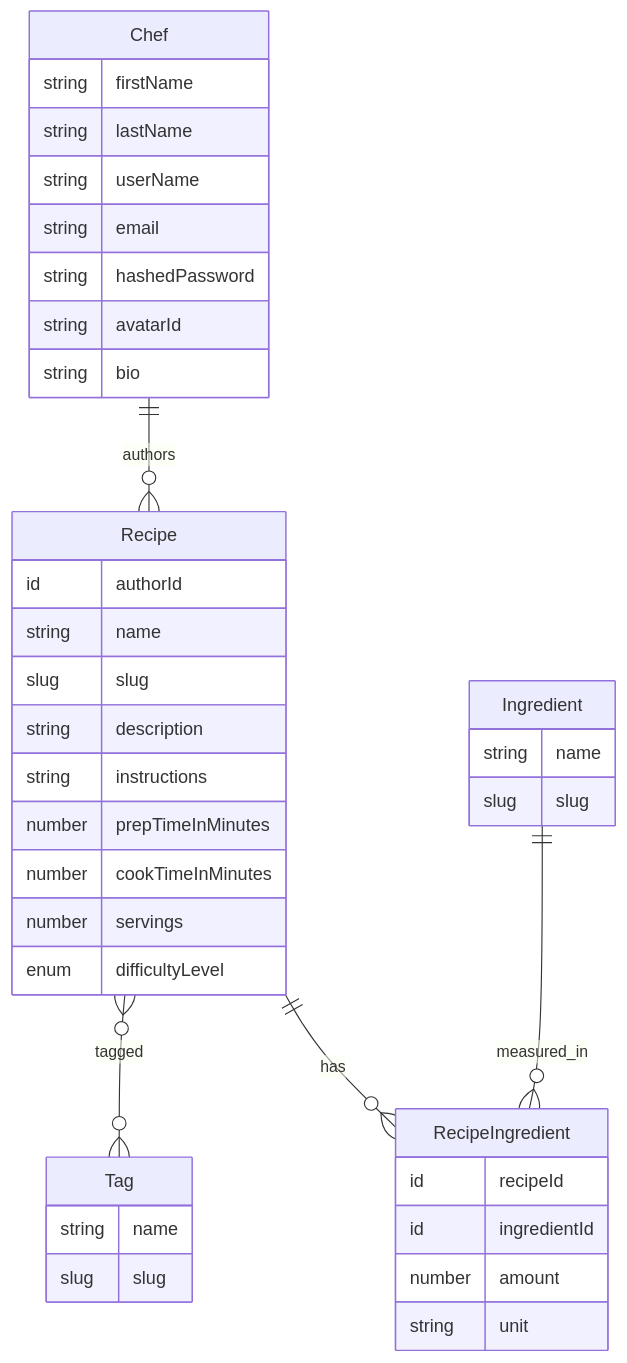
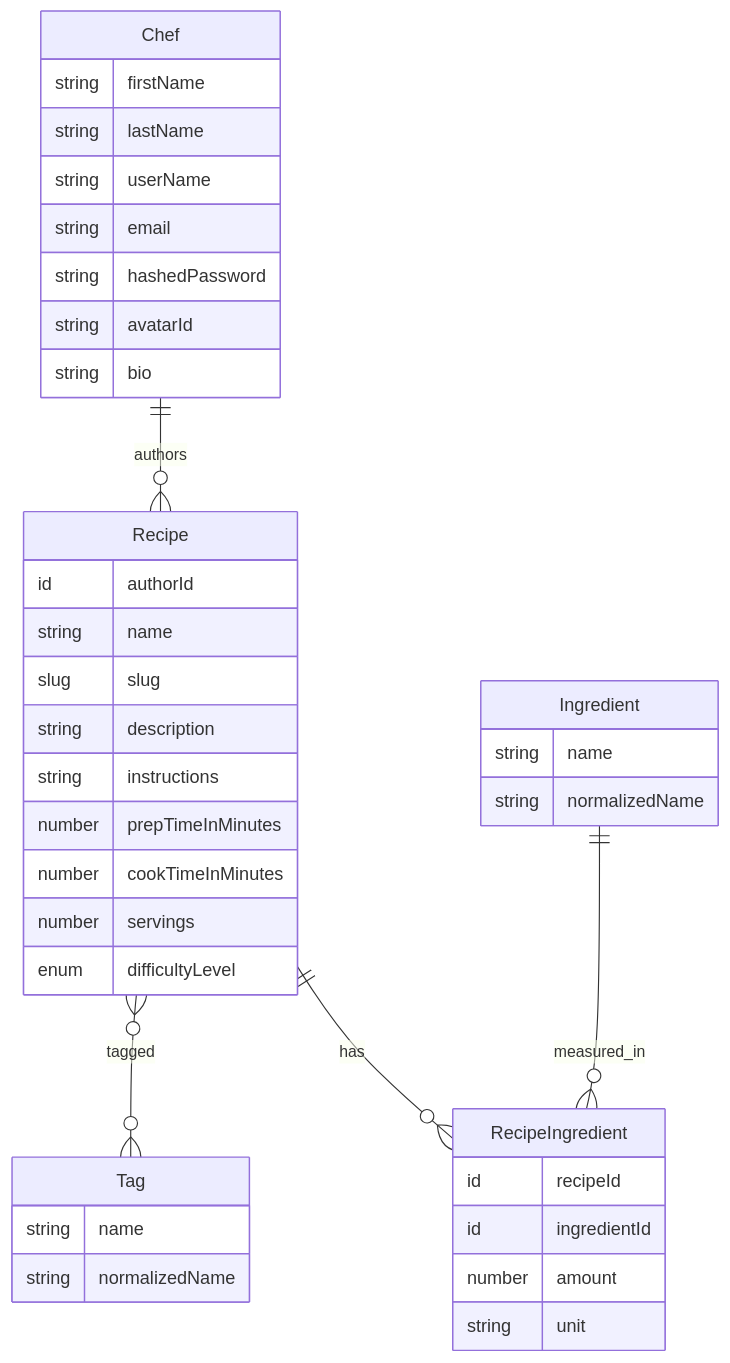
One commit to andregparada/cookbook-integrated changed the diagram in docs/analise-regras-negocio.md. Above: the diagram before and after it, drawn with Mermaid. The commit also changed other lines of this file and 24 other files, not shown here.

Commit message:
MF-05: align tag/ingredient dedup with normalized_name and clarify Slug vs NormalizedName

````diff
--- a/docs/analise-regras-negocio.md
+++ b/docs/analise-regras-negocio.md
@@ -12,41 +12,41 @@
 ```mermaid
 erDiagram
   Chef ||--o{ Recipe : authors
   Recipe }o--o{ Tag : tagged
   Recipe ||--o{ RecipeIngredient : has
   Ingredient ||--o{ RecipeIngredient : measured_in
   Chef {
     string firstName
     string lastName
     string userName
     string email
     string hashedPassword
     string avatarId
     string bio
   }
   Recipe {
     id authorId
     string name
     slug slug
     string description
     string instructions
     number prepTimeInMinutes
     number cookTimeInMinutes
     number servings
     enum difficultyLevel
   }
   Tag {
     string name
-    slug slug
+    string normalizedName
   }
   Ingredient {
     string name
-    slug slug
+    string normalizedName
   }
   RecipeIngredient {
     id recipeId
     id ingredientId
     number amount
     string unit
   }
 ```
````
